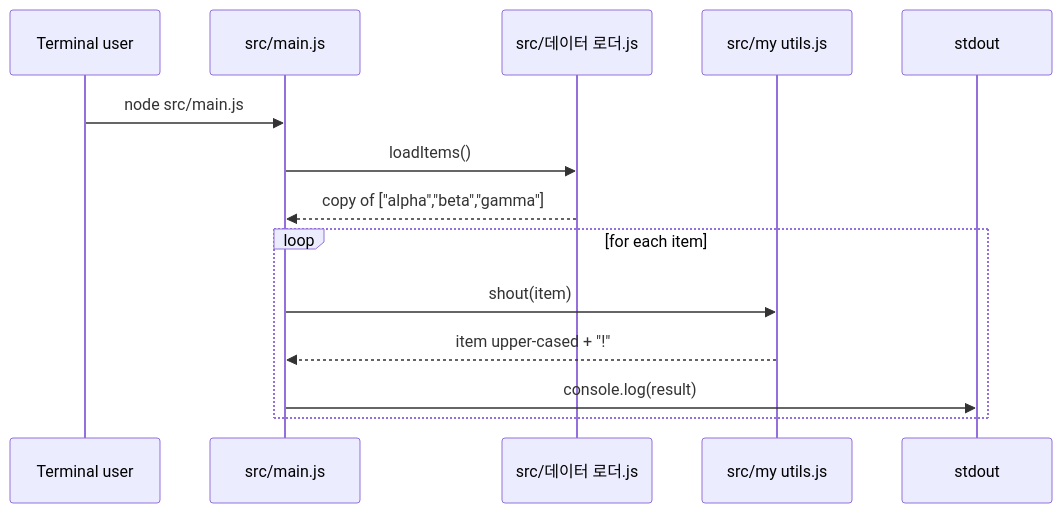
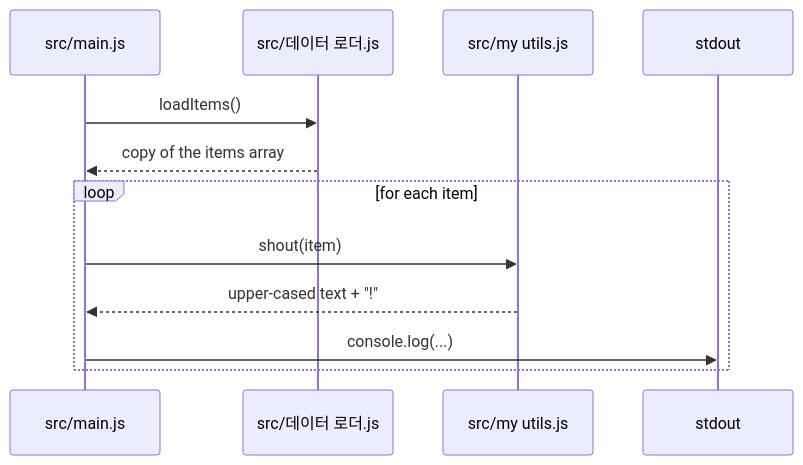
Before and after one commit to hxxnn/codemap: the diagram in examples/edge-names/docs/codemap/sequence-flow.md, drawn with Mermaid. The commit also changed other lines of this file and 35 other files, not shown here.

First line of the commit message:
test: regenerate examples with the final diagram rules

````diff
--- a/examples/edge-names/docs/codemap/sequence-flow.md
+++ b/examples/edge-names/docs/codemap/sequence-flow.md
@@ -18,16 +18,14 @@
 ```mermaid
 sequenceDiagram
-  participant U as Terminal user
   participant M as src/main.js
   participant L as src/데이터 로더.js
-  participant S as src/my utils.js
-  participant O as stdout
-  U->>M: node src/main.js
+  participant U as src/my utils.js
+  participant C as stdout
   M->>L: loadItems()
-  L-->>M: copy of ["alpha","beta","gamma"]
+  L-->>M: copy of the items array
   loop for each item
-    M->>S: shout(item)
-    S-->>M: item upper-cased + "!"
-    M->>O: console.log(result)
+    M->>U: shout(item)
+    U-->>M: upper-cased text + "!"
+    M->>C: console.log(...)
   end
 ```
````
